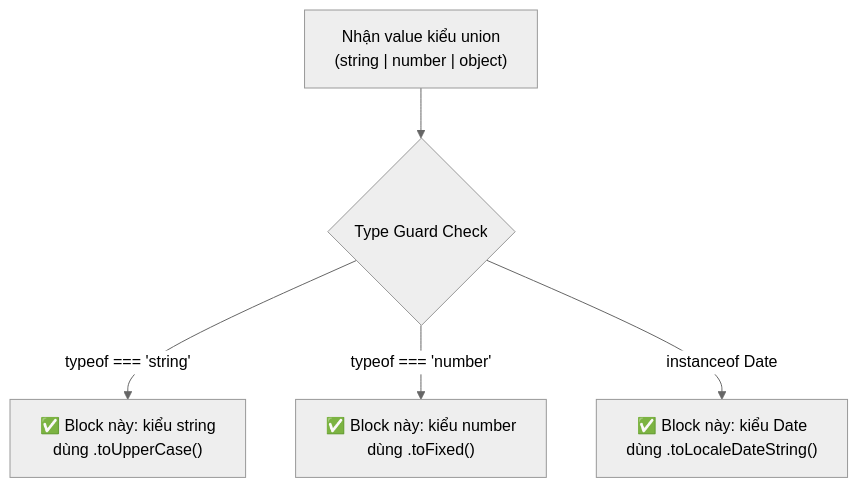
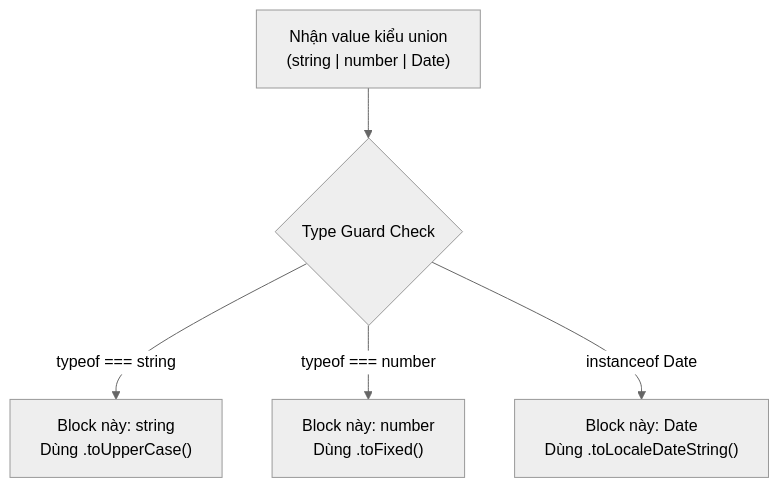
The second of 4 diagrams in blog/2026-03-31-typescript-comprehensive-guide/index.md (vuanhtu1993/vuanhtu1993.github.io), drawn with Mermaid (neutral theme) before and after one commit. The commit also changed other lines of this file and 126 other files, not shown here.

````diff
--- a/blog/2026-03-31-typescript-comprehensive-guide/index.md
+++ b/blog/2026-03-31-typescript-comprehensive-guide/index.md
@@ -334,7 +398,7 @@
 ```mermaid
 flowchart TD
-    A["Nhận value kiểu union<br/>(string | number | object)"] --> B{Type Guard Check}
-    B -->|typeof === 'string'| C["✅ Block này: kiểu string<br/>dùng .toUpperCase()"]
-    B -->|typeof === 'number'| D["✅ Block này: kiểu number<br/>dùng .toFixed()"]
-    B -->|instanceof Date| E["✅ Block này: kiểu Date<br/>dùng .toLocaleDateString()"]
+    A["Nhận value kiểu union<br/>(string | number | Date)"] --> B{Type Guard Check}
+    B --> |"typeof === string"| C["Block này: string<br/>Dùng .toUpperCase()"]
+    B --> |"typeof === number"| D["Block này: number<br/>Dùng .toFixed()"]
+    B --> |"instanceof Date"| E["Block này: Date<br/>Dùng .toLocaleDateString()"]
 ```
````
